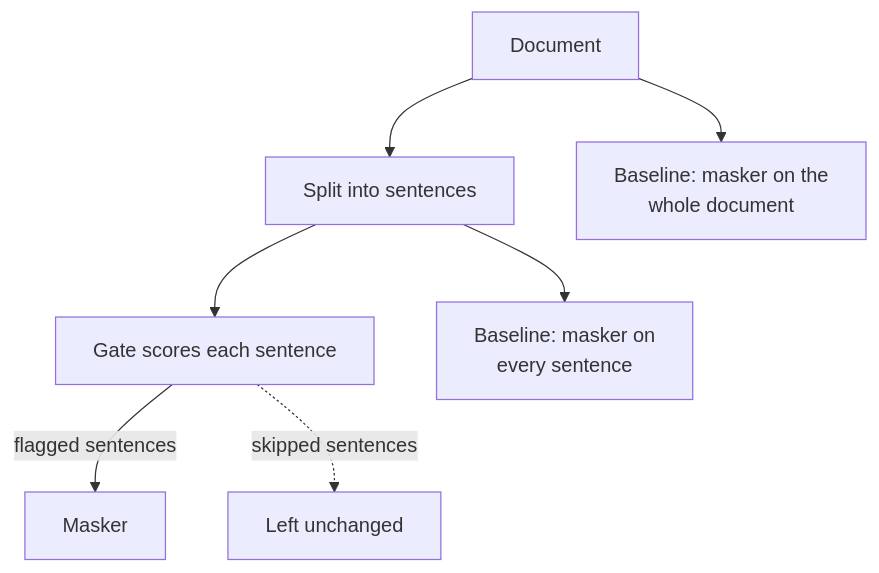
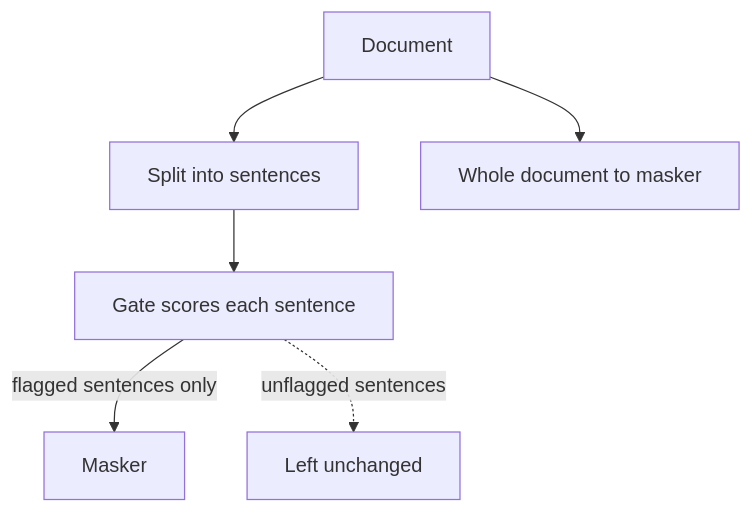
One commit to atique-ahmad-01/pii-guardrail-qml changed the second of 2 diagrams in README.md. Above: the diagram before and after it, drawn with Mermaid. The commit also changed other lines of this file and 15 other files, not shown here.

````diff
--- a/README.md
+++ b/README.md
@@ -78,9 +80,8 @@
 ```mermaid
 flowchart TB
     T[Document] --> S[Split into sentences]
     S --> G[Gate scores each sentence]
-    G -->|flagged sentences| M[Masker]
-    G -.->|skipped sentences| K[Left unchanged]
-    T --> W["Baseline: masker on the<br/>whole document"]
-    S --> Q["Baseline: masker on<br/>every sentence"]
+    G -->|flagged sentences only| M[Masker]
+    G -.->|unflagged sentences| K[Left unchanged]
+    T --> W["Whole document to masker"]
 ```
````
